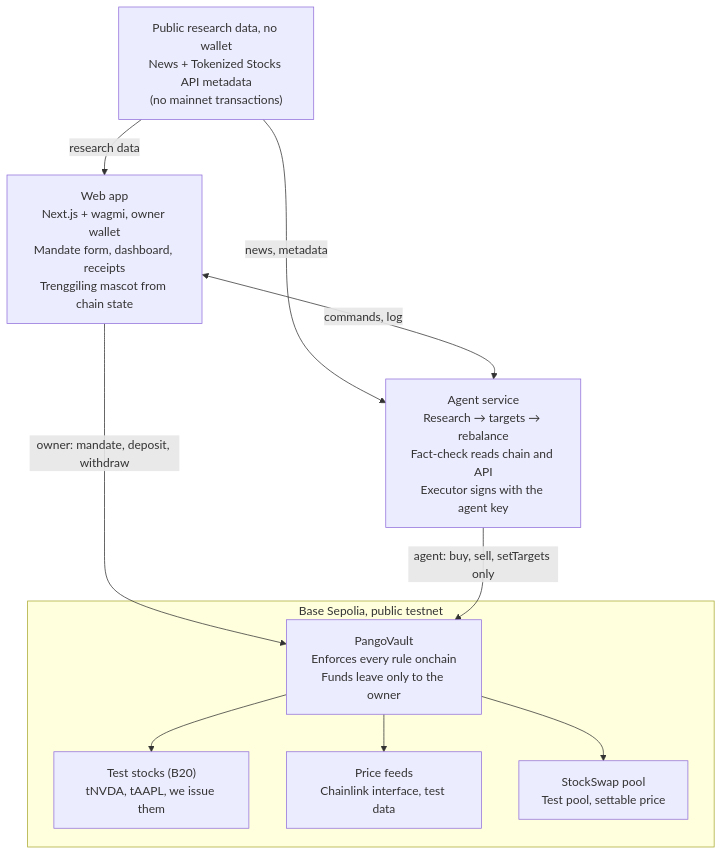
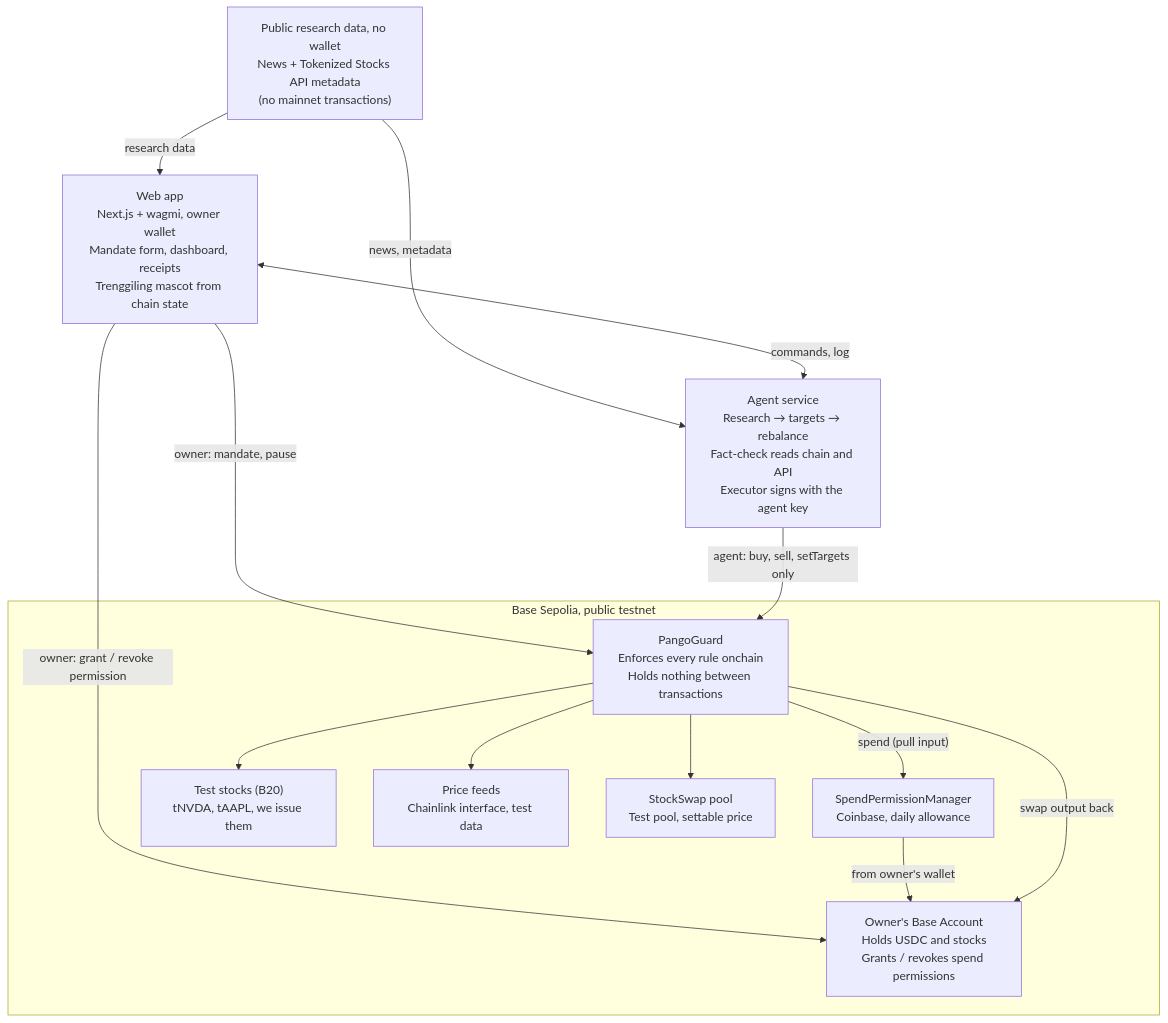
One commit to Nalen518/Pango changed the diagram in docs/Pango-SRD.md. Above: the diagram before and after it, drawn with Mermaid. The commit also changed other lines of this file and 6 other files, not shown here.

First line of the commit message:
Idea review: PangoVault becomes PangoGuard (spike S6)

````diff
--- a/docs/Pango-SRD.md
+++ b/docs/Pango-SRD.md
@@ -156,20 +168,26 @@
 ```mermaid
 flowchart TB
   data["Public research data, no wallet<br/>News + Tokenized Stocks API metadata<br/>(no mainnet transactions)"]
   web["Web app<br/>Next.js + wagmi, owner wallet<br/>Mandate form, dashboard, receipts<br/>Trenggiling mascot from chain state"]
   agent["Agent service<br/>Research → targets → rebalance<br/>Fact-check reads chain and API<br/>Executor signs with the agent key"]
   subgraph sepolia["Base Sepolia, public testnet"]
-    vault["PangoVault<br/>Enforces every rule onchain<br/>Funds leave only to the owner"]
+    wallet["Owner's Base Account<br/>Holds USDC and stocks<br/>Grants / revokes spend permissions"]
+    spm["SpendPermissionManager<br/>Coinbase, daily allowance"]
+    guard["PangoGuard<br/>Enforces every rule onchain<br/>Holds nothing between transactions"]
     stocks["Test stocks (B20)<br/>tNVDA, tAAPL, we issue them"]
     feeds["Price feeds<br/>Chainlink interface, test data"]
     swap["StockSwap pool<br/>Test pool, settable price"]
   end
   data -- research data --> web
   data -- news, metadata --> agent
   web <-- commands, log --> agent
-  web -- "owner: mandate, deposit, withdraw" --> vault
-  agent -- "agent: buy, sell, setTargets only" --> vault
-  vault --> stocks
-  vault --> feeds
-  vault --> swap
+  web -- "owner: mandate, pause" --> guard
+  web -- "owner: grant / revoke permission" --> wallet
+  guard -- "spend (pull input)" --> spm
+  spm -- "from owner's wallet" --> wallet
+  guard -- "swap output back" --> wallet
+  agent -- "agent: buy, sell, setTargets only" --> guard
+  guard --> stocks
+  guard --> feeds
+  guard --> swap
 ```
````
